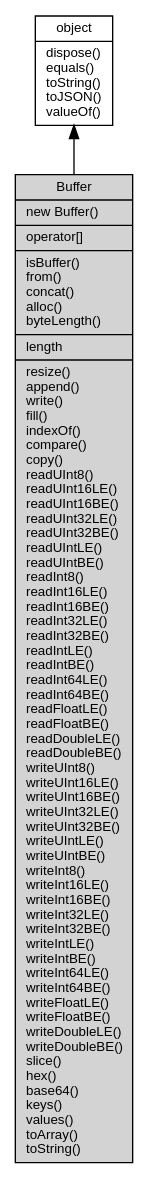
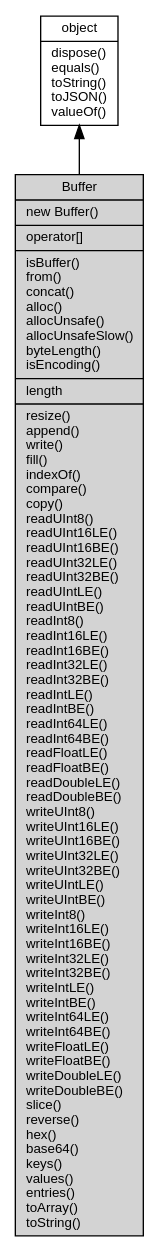
The diagram in docs/manual/object/ifs/Buffer.md (fibjs/fibjs.org), drawn with Graphviz before and after one commit. The commit also changed other lines of this file and 16 other files, not shown here.

````diff
--- a/docs/manual/object/ifs/Buffer.md
+++ b/docs/manual/object/ifs/Buffer.md
@@ -11,10 +11,10 @@
 ```dot
 digraph {
     node [fontname="Helvetica,sans-Serif", fontsize=10, shape="record", style="filled", fillcolor="white"];
 
     object [tooltip="object", URL="object.md", label="{object|dispose()\lequals()\ltoString()\ltoJSON()\lvalueOf()\l}"];
-    Buffer [tooltip="Buffer", fillcolor="lightgray", label="{Buffer|new Buffer()\l|operator[]\l|isBuffer()\lfrom()\lconcat()\lalloc()\lbyteLength()\l|length\l|resize()\lappend()\lwrite()\lfill()\lindexOf()\lcompare()\lcopy()\lreadUInt8()\lreadUInt16LE()\lreadUInt16BE()\lreadUInt32LE()\lreadUInt32BE()\lreadUIntLE()\lreadUIntBE()\lreadInt8()\lreadInt16LE()\lreadInt16BE()\lreadInt32LE()\lreadInt32BE()\lreadIntLE()\lreadIntBE()\lreadInt64LE()\lreadInt64BE()\lreadFloatLE()\lreadFloatBE()\lreadDoubleLE()\lreadDoubleBE()\lwriteUInt8()\lwriteUInt16LE()\lwriteUInt16BE()\lwriteUInt32LE()\lwriteUInt32BE()\lwriteUIntLE()\lwriteUIntBE()\lwriteInt8()\lwriteInt16LE()\lwriteInt16BE()\lwriteInt32LE()\lwriteInt32BE()\lwriteIntLE()\lwriteIntBE()\lwriteInt64LE()\lwriteInt64BE()\lwriteFloatLE()\lwriteFloatBE()\lwriteDoubleLE()\lwriteDoubleBE()\lslice()\lhex()\lbase64()\lkeys()\lvalues()\ltoArray()\ltoString()\l}"];
+    Buffer [tooltip="Buffer", fillcolor="lightgray", label="{Buffer|new Buffer()\l|operator[]\l|isBuffer()\lfrom()\lconcat()\lalloc()\lallocUnsafe()\lallocUnsafeSlow()\lbyteLength()\lisEncoding()\l|length\l|resize()\lappend()\lwrite()\lfill()\lindexOf()\lcompare()\lcopy()\lreadUInt8()\lreadUInt16LE()\lreadUInt16BE()\lreadUInt32LE()\lreadUInt32BE()\lreadUIntLE()\lreadUIntBE()\lreadInt8()\lreadInt16LE()\lreadInt16BE()\lreadInt32LE()\lreadInt32BE()\lreadIntLE()\lreadIntBE()\lreadInt64LE()\lreadInt64BE()\lreadFloatLE()\lreadFloatBE()\lreadDoubleLE()\lreadDoubleBE()\lwriteUInt8()\lwriteUInt16LE()\lwriteUInt16BE()\lwriteUInt32LE()\lwriteUInt32BE()\lwriteUIntLE()\lwriteUIntBE()\lwriteInt8()\lwriteInt16LE()\lwriteInt16BE()\lwriteInt32LE()\lwriteInt32BE()\lwriteIntLE()\lwriteIntBE()\lwriteInt64LE()\lwriteInt64BE()\lwriteFloatLE()\lwriteFloatBE()\lwriteDoubleLE()\lwriteDoubleBE()\lslice()\lreverse()\lhex()\lbase64()\lkeys()\lvalues()\lentries()\ltoArray()\ltoString()\l}"];
 
     object -> Buffer [dir=back];
 }
 ```
````
